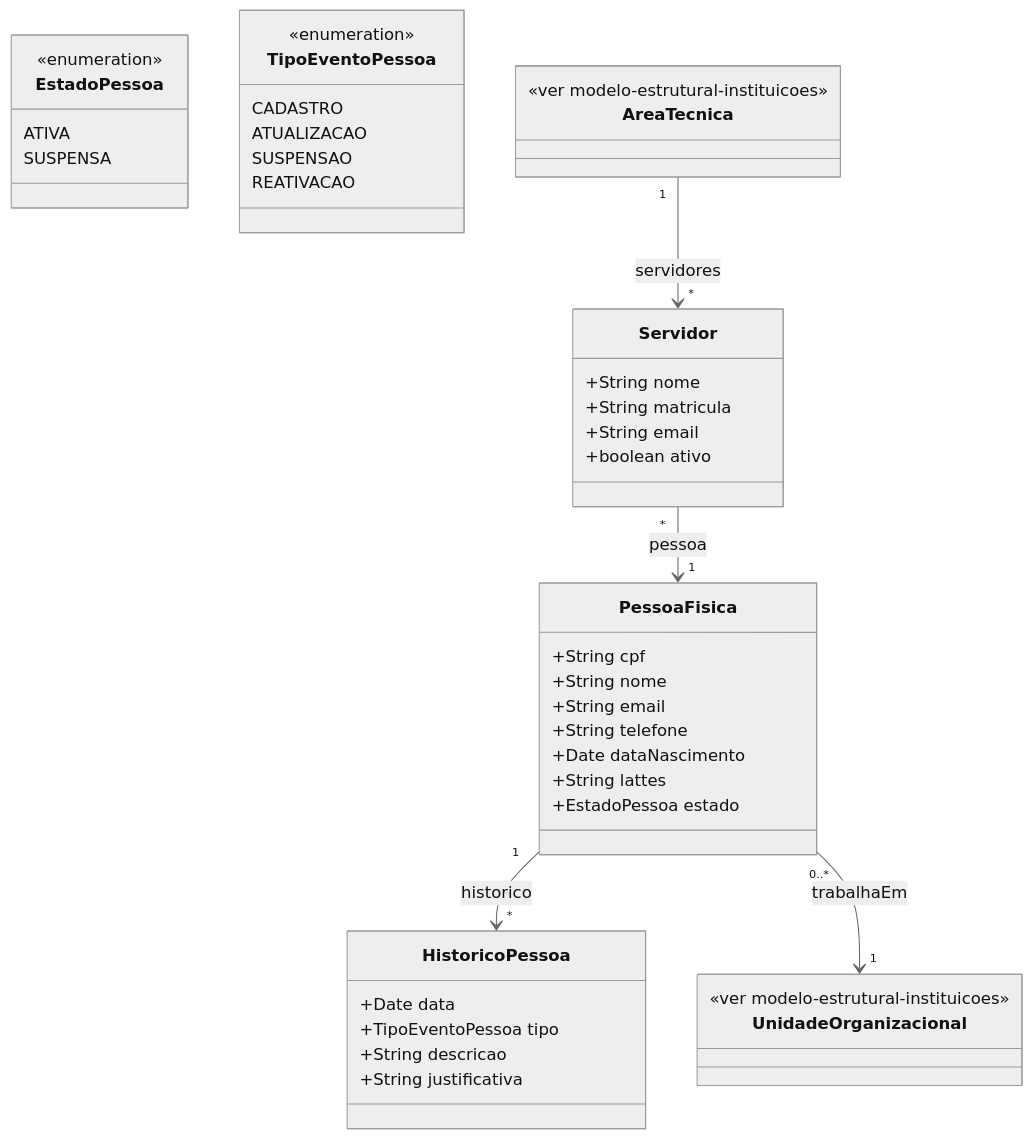
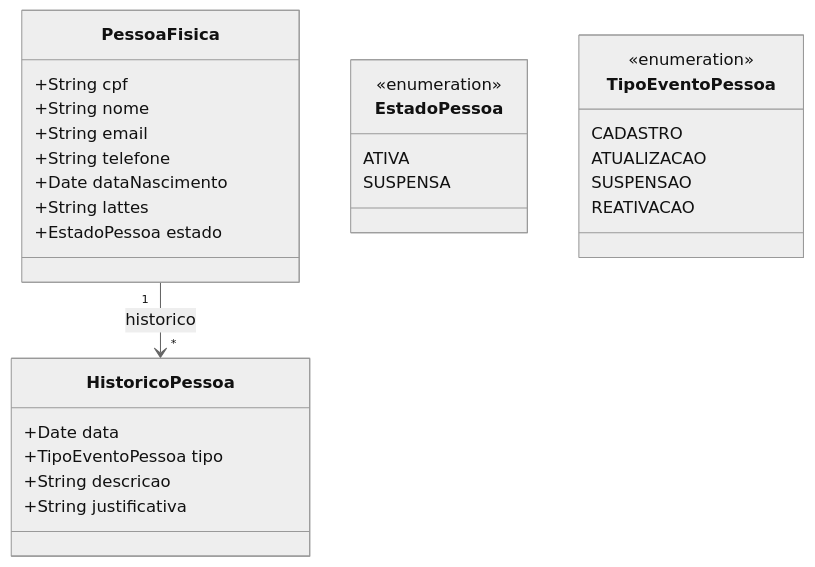
The diagram in docs/implementation/modules/M008-cadastros-corporativos/modelo-estrutural-pessoas.md (Czzped/conecta-fapes-teste), drawn with Mermaid (neutral theme) before and after one commit. The commit also changed other lines of this file and 19 other files, not shown here.

````diff
--- a/docs/implementation/modules/M008-cadastros-corporativos/modelo-estrutural-pessoas.md
+++ b/docs/implementation/modules/M008-cadastros-corporativos/modelo-estrutural-pessoas.md
@@ -9,55 +9,37 @@
 ```mermaid
 classDiagram
     direction TB
 
     class PessoaFisica {
         +String cpf
         +String nome
         +String email
         +String telefone
         +Date dataNascimento
         +String lattes
         +EstadoPessoa estado
     }
 
     class EstadoPessoa {
         <<enumeration>>
         ATIVA
         SUSPENSA
     }
 
-    class Servidor {
-        +String nome
-        +String matricula
-        +String email
-        +boolean ativo
-    }
-
     class HistoricoPessoa {
         +Date data
         +TipoEventoPessoa tipo
         +String descricao
         +String justificativa
     }
 
     class TipoEventoPessoa {
         <<enumeration>>
         CADASTRO
         ATUALIZACAO
         SUSPENSAO
         REATIVACAO
     }
 
-    class UnidadeOrganizacional {
-        <<ver modelo-estrutural-instituicoes>>
-    }
-
-    class AreaTecnica {
-        <<ver modelo-estrutural-instituicoes>>
-    }
-
     PessoaFisica "1" --> "*" HistoricoPessoa : historico
-    PessoaFisica "0..*" --> "1" UnidadeOrganizacional : trabalhaEm
-    AreaTecnica "1" --> "*" Servidor : servidores
-    Servidor "*" --> "1" PessoaFisica : pessoa
 ```
````
